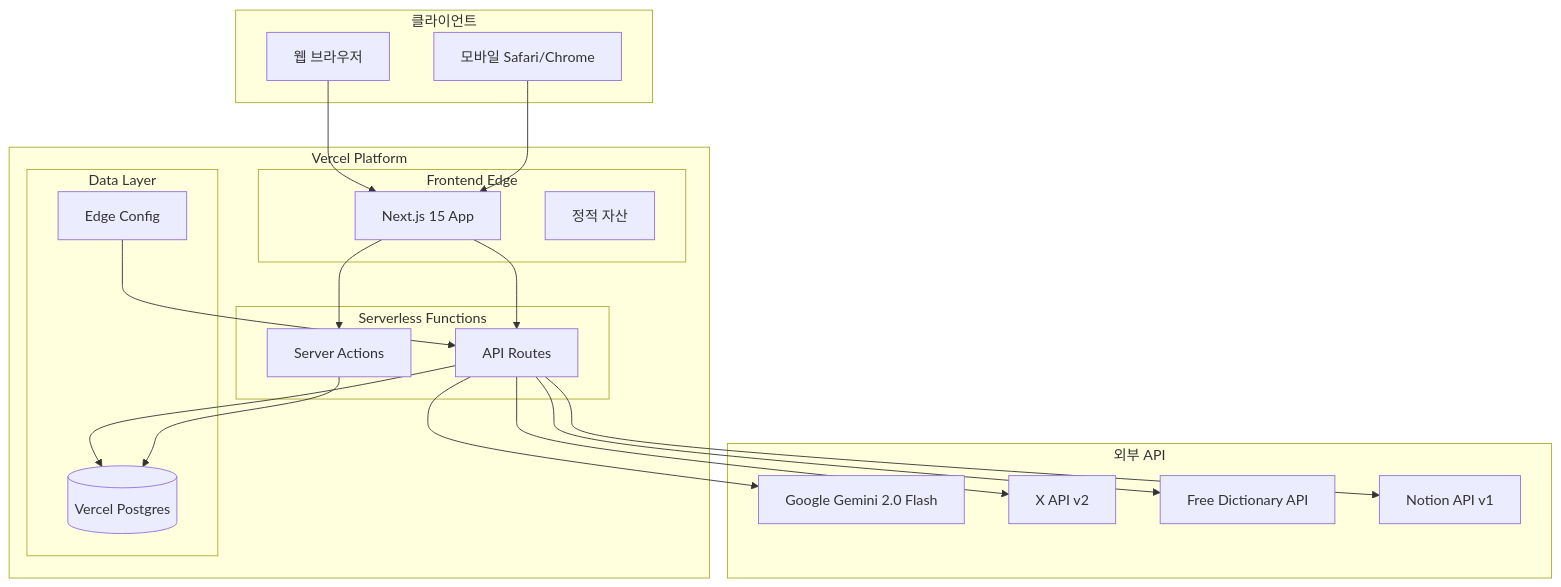
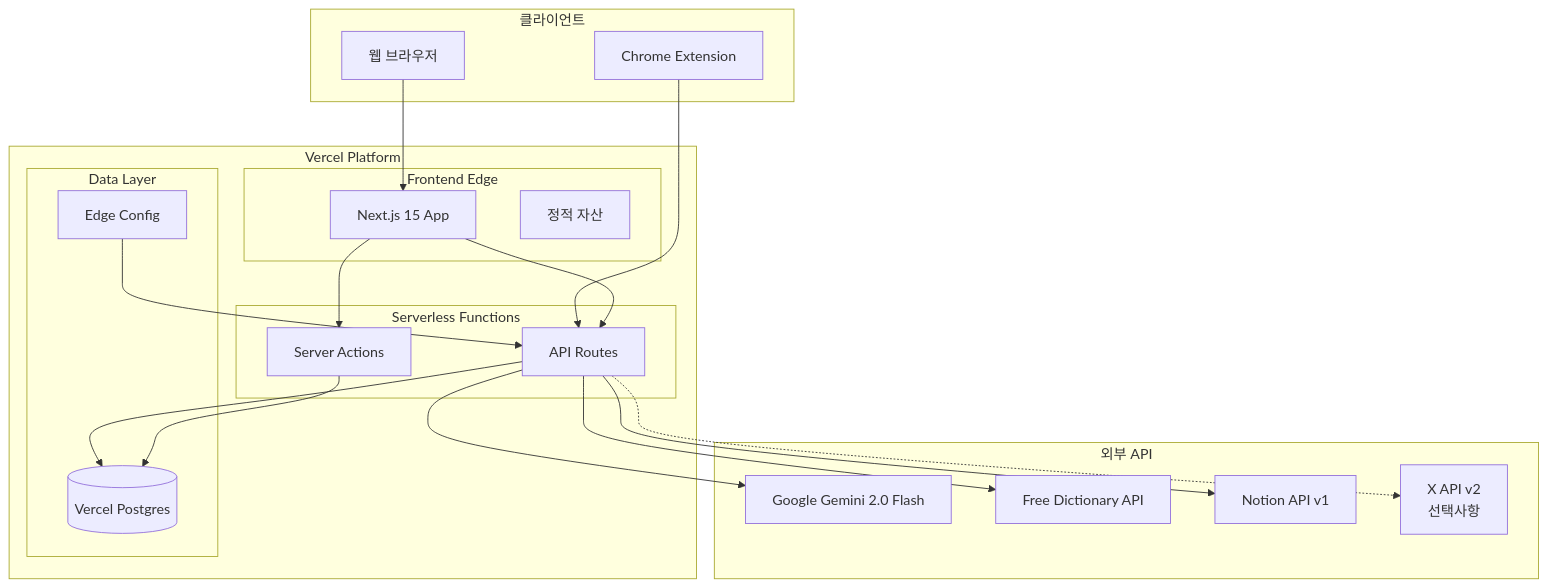
One commit to wrtn-edu-swu-bootcamp/project_16 changed the first of 8 diagrams in docs/architecture.md. Above: the diagram before and after it, drawn with Mermaid. The commit also changed other lines of this file and 2 other files, not shown here.

````diff
--- a/docs/architecture.md
+++ b/docs/architecture.md
@@ -208,46 +210,46 @@
 ```mermaid
 graph TB
     subgraph Client [클라이언트]
         Browser[웹 브라우저]
-        Mobile[모바일 Safari/Chrome]
+        Extension[Chrome Extension]
     end
 
     subgraph Vercel [Vercel Platform]
         subgraph Frontend [Frontend Edge]
             NextApp[Next.js 15 App]
             StaticAssets[정적 자산]
         end
 
         subgraph Backend [Serverless Functions]
             APIRoutes[API Routes]
             ServerActions[Server Actions]
         end
 
         subgraph Database [Data Layer]
             Postgres[(Vercel Postgres)]
             EdgeConfig[Edge Config]
         end
     end
 
     subgraph ExternalAPIs [외부 API]
         GeminiAPI[Google Gemini 2.0 Flash]
-        XAPI[X API v2]
         DictAPI[Free Dictionary API]
         NotionAPI[Notion API v1]
+        XAPI[X API v2<br/>선택사항]
     end
 
     Browser --> NextApp
-    Mobile --> NextApp
+    Extension --> APIRoutes
     NextApp --> APIRoutes
     NextApp --> ServerActions
     
     APIRoutes --> Postgres
     ServerActions --> Postgres
     
     APIRoutes --> GeminiAPI
-    APIRoutes --> XAPI
     APIRoutes --> DictAPI
     APIRoutes --> NotionAPI
+    APIRoutes -.-> XAPI
     
     EdgeConfig --> APIRoutes
 ```
````
